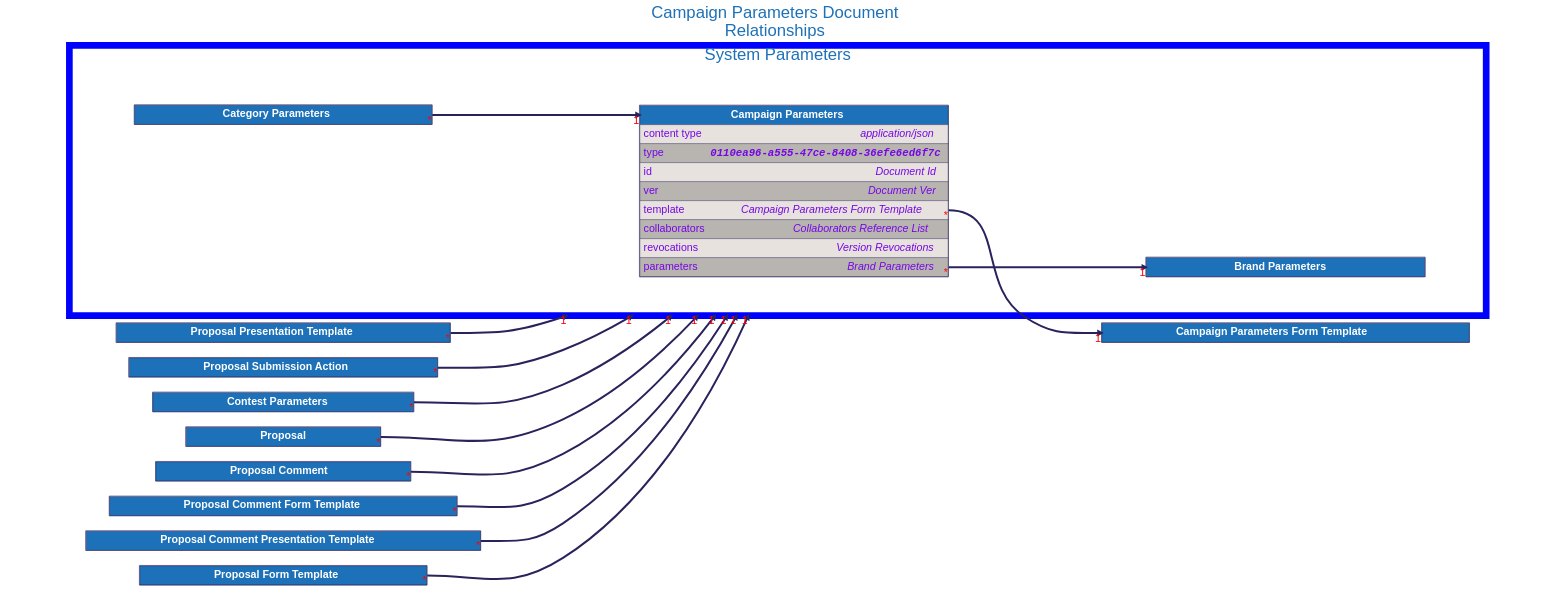
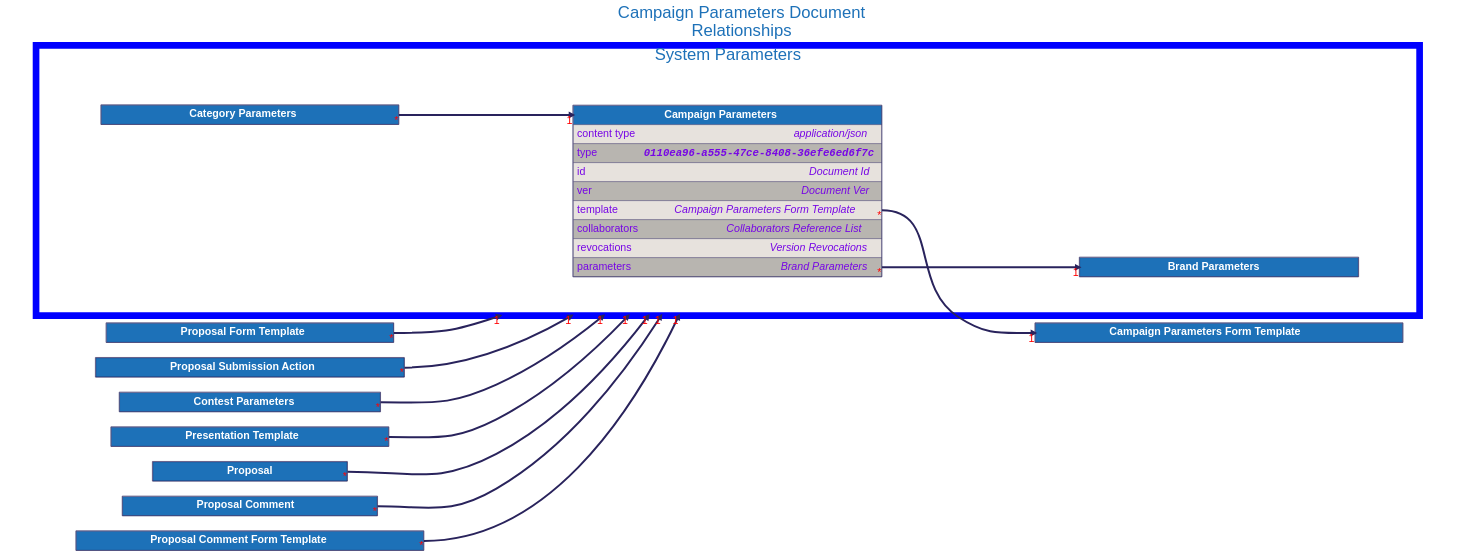
The diagram in docs/src/architecture/08_concepts/signed_doc/diagrams/campaign_parameters.dot (input-output-hk/catalyst-libs), drawn with Graphviz before and after one commit. The commit also changed 34 other files, not shown here.

```diff
--- a/docs/src/architecture/08_concepts/signed_doc/diagrams/campaign_parameters.dot
+++ b/docs/src/architecture/08_concepts/signed_doc/diagrams/campaign_parameters.dot
@@ -35,6 +35,21 @@
             <TR>
                 <TD PORT="title" BGCOLOR="#1d71b8" HREF="../contest_parameters/">
                     <FONT COLOR="#ffffff"><B> Contest Parameters </B></FONT>
+                </TD>
+            </TR>
+
+            </TABLE>
+        >
+    ];
+
+
+    "Presentation Template" [
+        id="Presentation Template";
+        label=<
+            <TABLE BORDER="2" COLOR="#29235c" CELLBORDER="1" CELLSPACING="0" CELLPADDING="10">
+            <TR>
+                <TD PORT="title" BGCOLOR="#1d71b8" HREF="../presentation_template/">
+                    <FONT COLOR="#ffffff"><B> Presentation Template </B></FONT>
                 </TD>
             </TR>
 
@@ -88,21 +103,6 @@
     ];
 
 
-    "Proposal Comment Presentation Template" [
-        id="Proposal Comment Presentation Template";
-        label=<
-            <TABLE BORDER="2" COLOR="#29235c" CELLBORDER="1" CELLSPACING="0" CELLPADDING="10">
-            <TR>
-                <TD PORT="title" BGCOLOR="#1d71b8" HREF="../proposal_comment_presentation_template/">
-                    <FONT COLOR="#ffffff"><B> Proposal Comment Presentation Template </B></FONT>
-                </TD>
-            </TR>
-
-            </TABLE>
-        >
-    ];
-
-
     "Proposal Form Template" [
         id="Proposal Form Template";
         label=<
@@ -110,21 +110,6 @@
             <TR>
                 <TD PORT="title" BGCOLOR="#1d71b8" HREF="../proposal_form_template/">
                     <FONT COLOR="#ffffff"><B> Proposal Form Template </B></FONT>
-                </TD>
-            </TR>
-
-            </TABLE>
-        >
-    ];
-
-
-    "Proposal Presentation Template" [
-        id="Proposal Presentation Template";
-        label=<
-            <TABLE BORDER="2" COLOR="#29235c" CELLBORDER="1" CELLSPACING="0" CELLPADDING="10">
-            <TR>
-                <TD PORT="title" BGCOLOR="#1d71b8" HREF="../proposal_presentation_template/">
-                    <FONT COLOR="#ffffff"><B> Proposal Presentation Template </B></FONT>
                 </TD>
             </TR>
 
@@ -283,11 +268,10 @@
     "Campaign Parameters":"parameters":e -> "Brand Parameters":"title":w [dir=forward, penwidth=6, color="#29235c", headlabel="1", taillabel="*"]
     "Category Parameters":"title":e -> "Campaign Parameters":"title":w [dir=forward, penwidth=6, color="#29235c", headlabel="1", taillabel="*"]
     "Contest Parameters":"title":e -> "Campaign Parameters" [dir=forward, penwidth=6, color="#29235c", headlabel="1", taillabel="*", lhead="cluster_system_parameters"]
+    "Presentation Template":"title":e -> "Campaign Parameters" [dir=forward, penwidth=6, color="#29235c", headlabel="1", taillabel="*", lhead="cluster_system_parameters"]
     "Proposal":"title":e -> "Campaign Parameters" [dir=forward, penwidth=6, color="#29235c", headlabel="1", taillabel="*", lhead="cluster_system_parameters"]
     "Proposal Comment":"title":e -> "Campaign Parameters" [dir=forward, penwidth=6, color="#29235c", headlabel="1", taillabel="*", lhead="cluster_system_parameters"]
     "Proposal Comment Form Template":"title":e -> "Campaign Parameters" [dir=forward, penwidth=6, color="#29235c", headlabel="1", taillabel="*", lhead="cluster_system_parameters"]
-    "Proposal Comment Presentation Template":"title":e -> "Campaign Parameters" [dir=forward, penwidth=6, color="#29235c", headlabel="1", taillabel="*", lhead="cluster_system_parameters"]
     "Proposal Form Template":"title":e -> "Campaign Parameters" [dir=forward, penwidth=6, color="#29235c", headlabel="1", taillabel="*", lhead="cluster_system_parameters"]
-    "Proposal Presentation Template":"title":e -> "Campaign Parameters" [dir=forward, penwidth=6, color="#29235c", headlabel="1", taillabel="*", lhead="cluster_system_parameters"]
     "Proposal Submission Action":"title":e -> "Campaign Parameters" [dir=forward, penwidth=6, color="#29235c", headlabel="1", taillabel="*", lhead="cluster_system_parameters"]
 }
```
